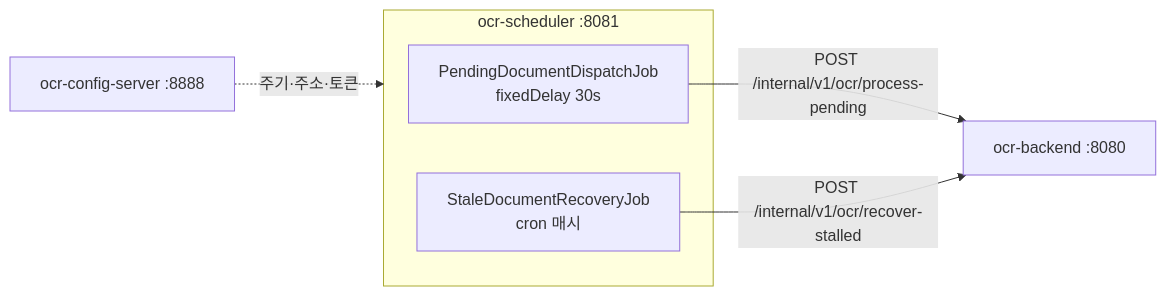
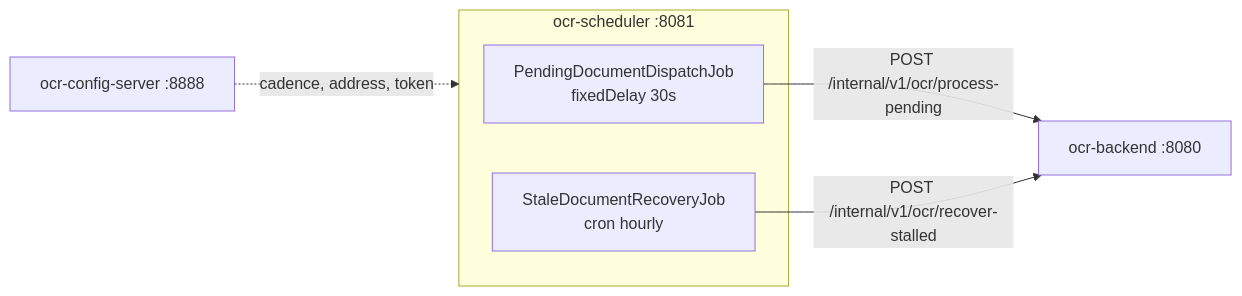
Before and after one commit to hyunolike/ai.ocr-automation.system-backend.scheduler: the diagram in README.md, drawn with Mermaid. The commit also changed other lines of this file and 3 other files, not shown here.

````diff
--- a/README.md
+++ b/README.md
@@ -185,10 +191,10 @@
 ```mermaid
 flowchart LR
     subgraph SCHED["ocr-scheduler :8081"]
         J1["PendingDocumentDispatchJob<br/>fixedDelay 30s"]
-        J2["StaleDocumentRecoveryJob<br/>cron 매시"]
+        J2["StaleDocumentRecoveryJob<br/>cron hourly"]
     end
     J1 -->|"POST /internal/v1/ocr/process-pending"| BE["ocr-backend :8080"]
     J2 -->|"POST /internal/v1/ocr/recover-stalled"| BE
-    CS["ocr-config-server :8888"] -.->|"주기·주소·토큰"| SCHED
+    CS["ocr-config-server :8888"] -.->|"cadence, address, token"| SCHED
 ```
````
